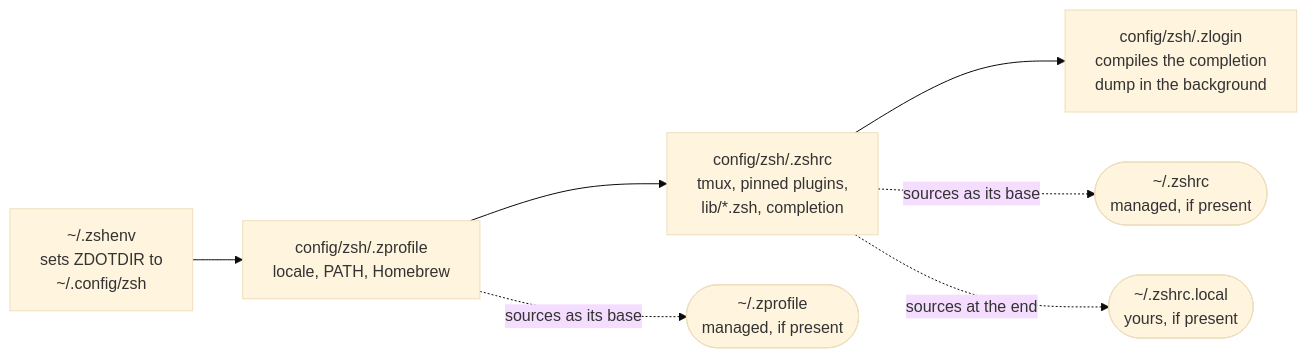
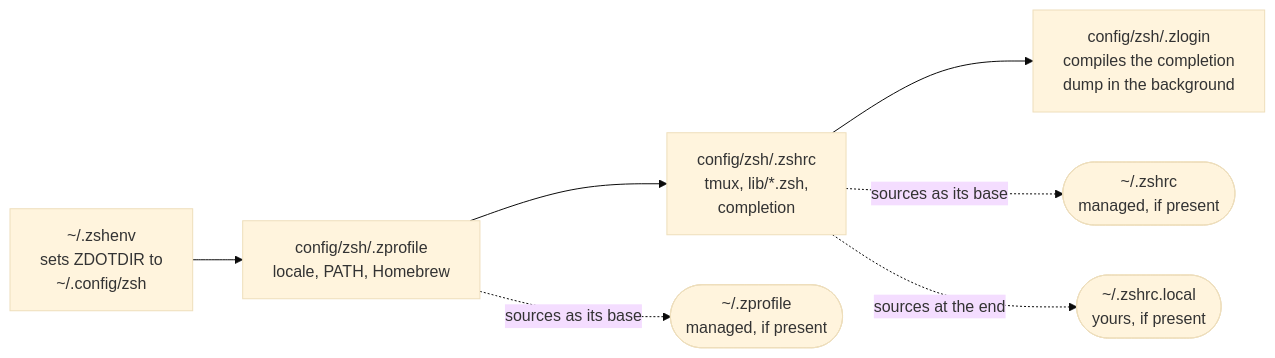
Before and after one commit to shaneog/dotfiles: the diagram in README.md, drawn with Mermaid (base theme). The commit also changed other lines of this file and 36 other files, not shown here.

Commit message:
refactor(zsh): load the plugins Homebrew installs, and remove zinit (#30)

````diff
--- a/README.md
+++ b/README.md
@@ -203,15 +203,15 @@
 ```mermaid
 flowchart LR
     env["~/.zshenv<br/>sets ZDOTDIR to<br/>~/.config/zsh"]
     profile["config/zsh/.zprofile<br/>locale, PATH, Homebrew"]
-    rc["config/zsh/.zshrc<br/>tmux, pinned plugins,<br/>lib/*.zsh, completion"]
+    rc["config/zsh/.zshrc<br/>tmux, lib/*.zsh,<br/>completion"]
     login["config/zsh/.zlogin<br/>compiles the completion<br/>dump in the background"]
     hprofile(["~/.zprofile<br/>managed, if present"])
     hrc(["~/.zshrc<br/>managed, if present"])
     zlocal(["~/.zshrc.local<br/>yours, if present"])
 
     env --> profile --> rc --> login
     profile -. "sources as its base" .-> hprofile
     rc -. "sources as its base" .-> hrc
     rc -. "sources at the end" .-> zlocal
 ```
````
